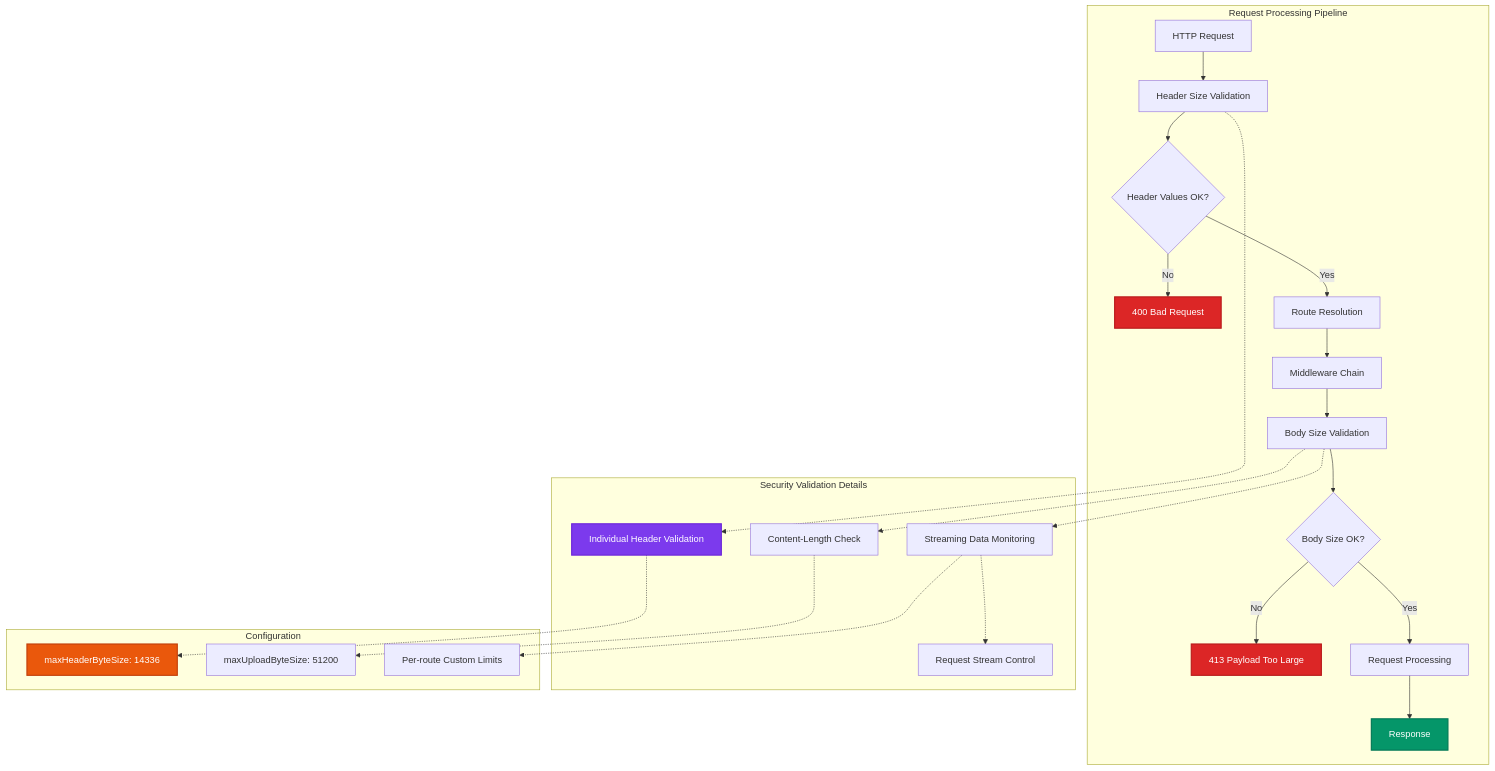
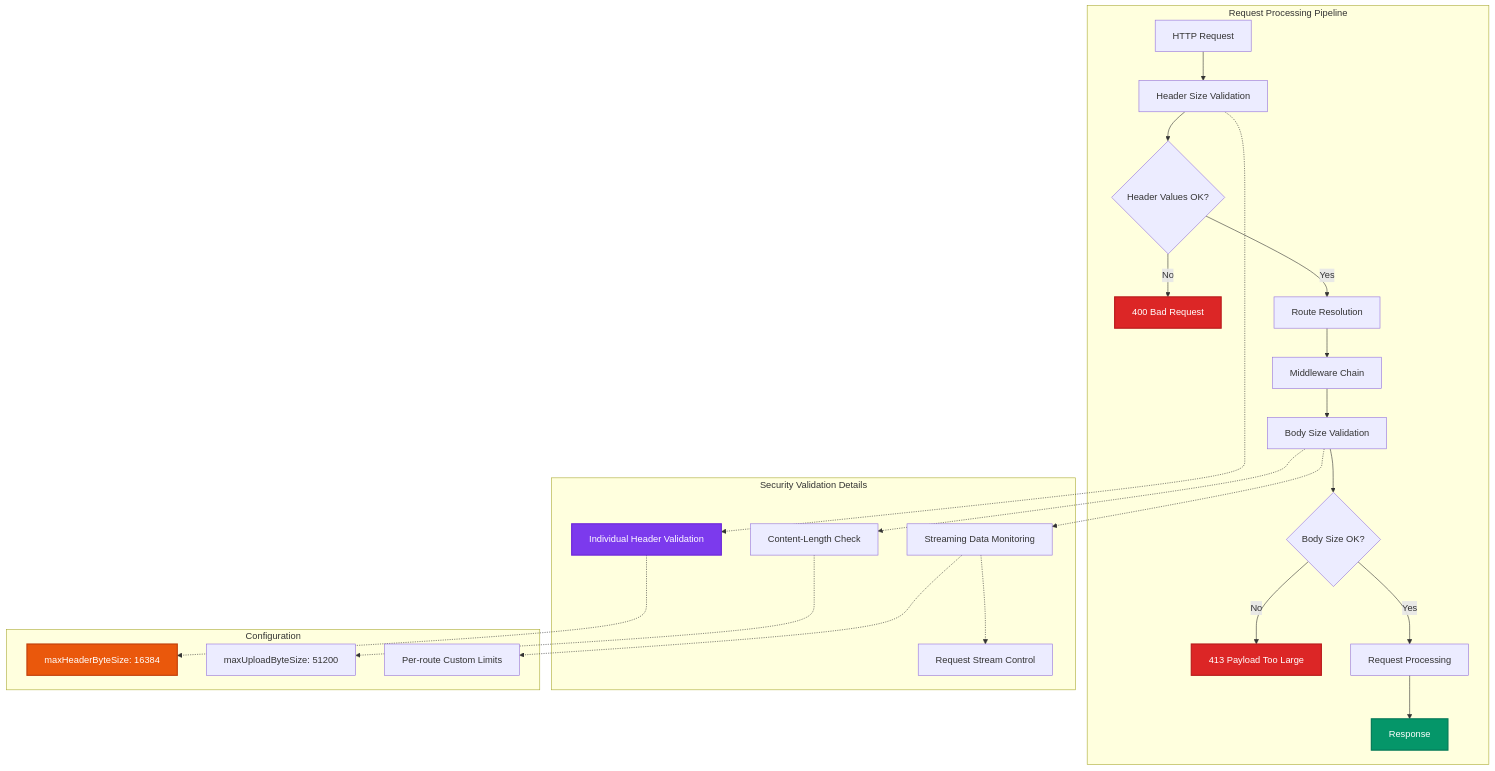
One commit to avoidwork/woodland changed the tenth of 13 diagrams in docs/TECHNICAL_DOCUMENTATION.md. Above: the diagram before and after it, drawn with Mermaid. The commit also changed other lines of this file and 6 other files, not shown here.

Commit message:
Updating 'maxHeader.byteSize' to 16 KiB

````diff
--- a/docs/TECHNICAL_DOCUMENTATION.md
+++ b/docs/TECHNICAL_DOCUMENTATION.md
@@ -746,43 +1092,43 @@
 ```mermaid
 graph TB
     subgraph "Request Processing Pipeline"
         A[HTTP Request] --> B[Header Size Validation]
         B --> C{Header Values OK?}
         C -->|No| D[400 Bad Request]
         C -->|Yes| E[Route Resolution]
         E --> F[Middleware Chain]
         F --> G[Body Size Validation]
         G --> H{Body Size OK?}
         H -->|No| I[413 Payload Too Large]
         H -->|Yes| J[Request Processing]
         J --> K[Response]
     end
     
     subgraph "Security Validation Details"
         L[Individual Header Validation]
         M[Content-Length Check]
         N[Streaming Data Monitoring]
         O[Request Stream Control]
     end
     
     subgraph "Configuration"
-        P[maxHeaderByteSize: 14336]
+        P[maxHeaderByteSize: 16384]
         Q[maxUploadByteSize: 51200]
         R[Per-route Custom Limits]
     end
     
     B -.-> L
     G -.-> M
     G -.-> N
     N -.-> O
     
     L -.-> P
     M -.-> Q
     N -.-> R
     
     style D fill:#dc2626,stroke:#b91c1c,stroke-width:2px,color:#ffffff
     style I fill:#dc2626,stroke:#b91c1c,stroke-width:2px,color:#ffffff
     style K fill:#059669,stroke:#047857,stroke-width:2px,color:#ffffff
     style L fill:#7c3aed,stroke:#6d28d9,stroke-width:2px,color:#ffffff
     style P fill:#ea580c,stroke:#c2410c,stroke-width:2px,color:#ffffff
 ```
````
